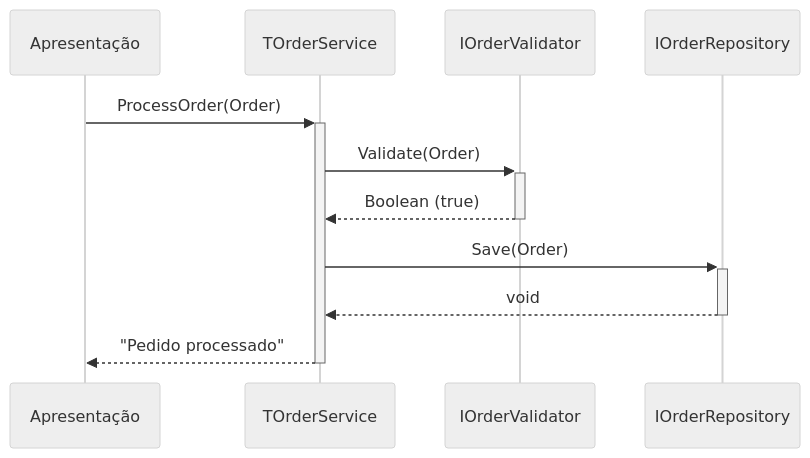
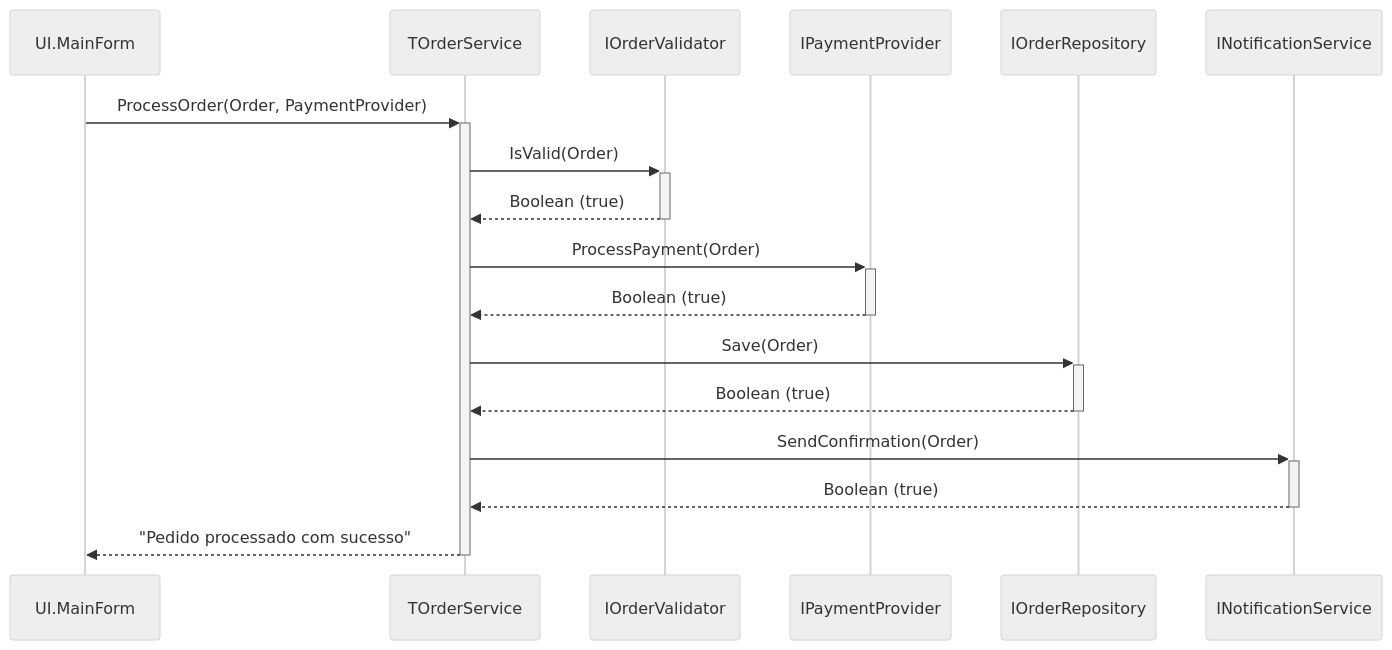
One commit to Juliolimahen/clean-code-and-solid-delphi changed the third of 5 diagrams in README.MD. Above: the diagram before and after it, drawn with Mermaid (neutral theme). The commit also changed other lines of this file, not shown here.

````diff
--- a/README.MD
+++ b/README.MD
@@ -151,14 +168,20 @@
 ```mermaid
 sequenceDiagram
-    participant UI as Apresentação
+    participant UI as UI.MainForm
     participant Service as TOrderService
     participant Validator as IOrderValidator
+    participant Payment as IPaymentProvider
     participant Repository as IOrderRepository
+    participant Notifier as INotificationService
 
-    UI->>+Service: ProcessOrder(Order)
-    Service->>+Validator: Validate(Order)
+    UI->>+Service: ProcessOrder(Order, PaymentProvider)
+    Service->>+Validator: IsValid(Order)
     Validator-->>-Service: Boolean (true)
+    Service->>+Payment: ProcessPayment(Order)
+    Payment-->>-Service: Boolean (true)
     Service->>+Repository: Save(Order)
-    Repository-->>-Service: void
-    Service-->>-UI: "Pedido processado"
+    Repository-->>-Service: Boolean (true)
+    Service->>+Notifier: SendConfirmation(Order)
+    Notifier-->>-Service: Boolean (true)
+    Service-->>-UI: "Pedido processado com sucesso"
 ```
````
